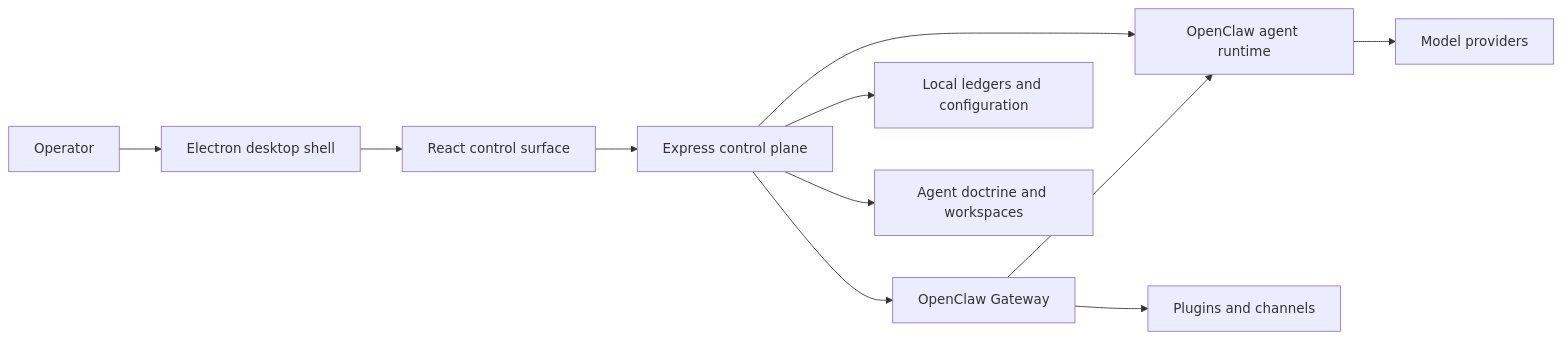
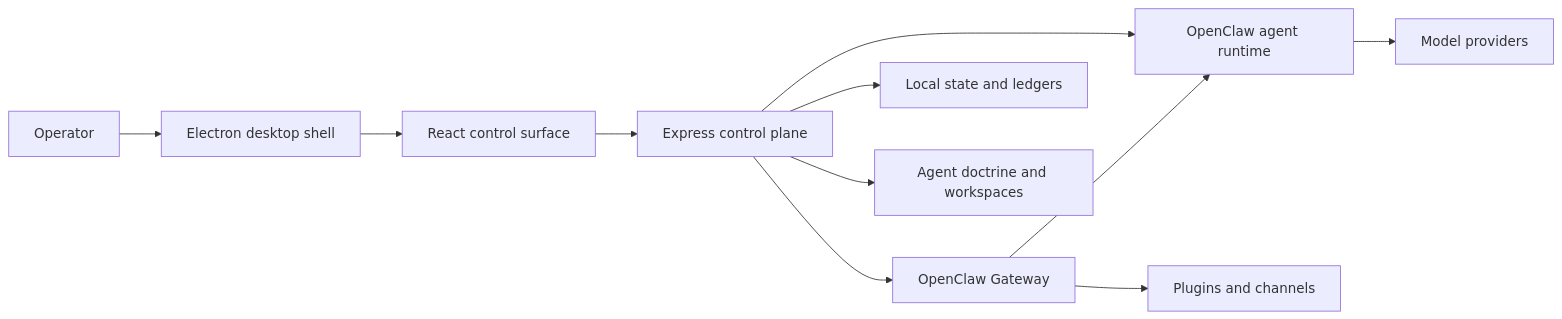
The diagram in README.md (hotboysupreme12-hash/Automnia-AI-Nexus), drawn with Mermaid before and after one commit. The commit also changed other lines of this file and 9 other files, not shown here.

````diff
--- a/README.md
+++ b/README.md
@@ -157,24 +119,24 @@
 ```mermaid
 flowchart LR
   Operator["Operator"]
   Electron["Electron desktop shell"]
   UI["React control surface"]
   API["Express control plane"]
   Gateway["OpenClaw Gateway"]
   Runtime["OpenClaw agent runtime"]
   Providers["Model providers"]
   Plugins["Plugins and channels"]
-  State["Local ledgers and configuration"]
+  State["Local state and ledgers"]
   Files["Agent doctrine and workspaces"]
 
   Operator --> Electron
   Electron --> UI
   UI --> API
   API --> Gateway
   Gateway --> Runtime
   Runtime --> Providers
   Gateway --> Plugins
   API --> State
   API --> Files
   API --> Runtime
 ```
````
